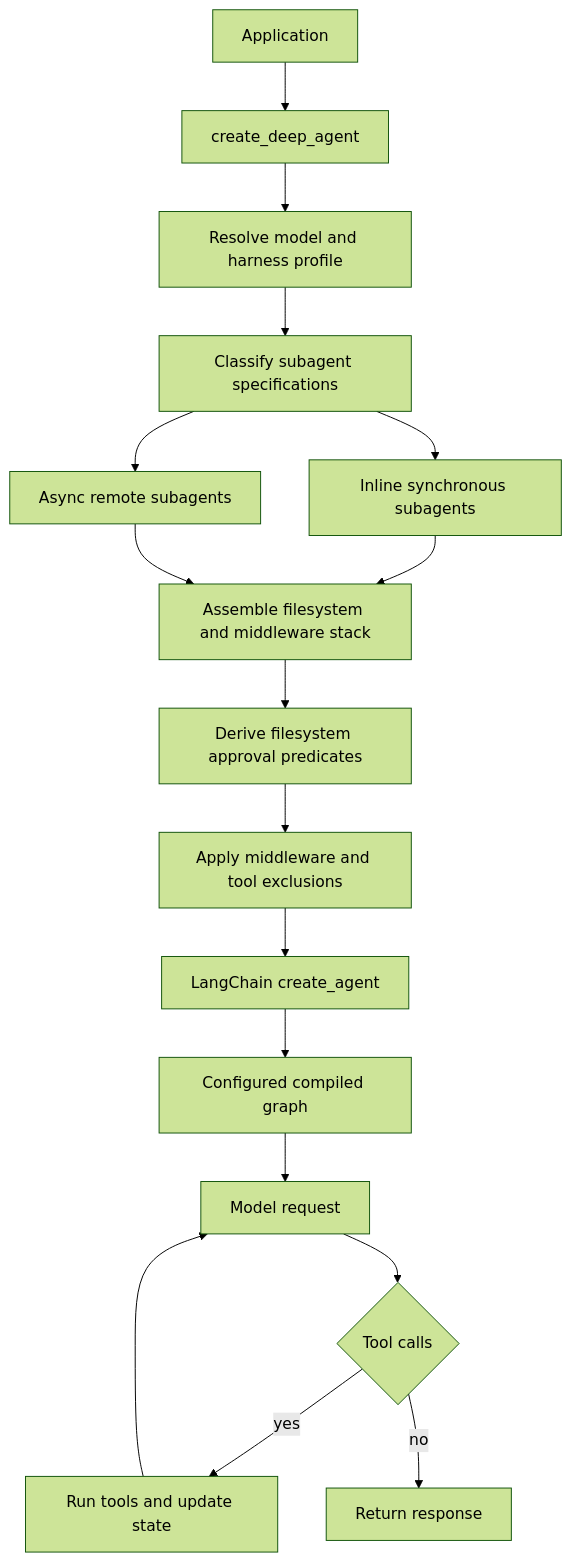
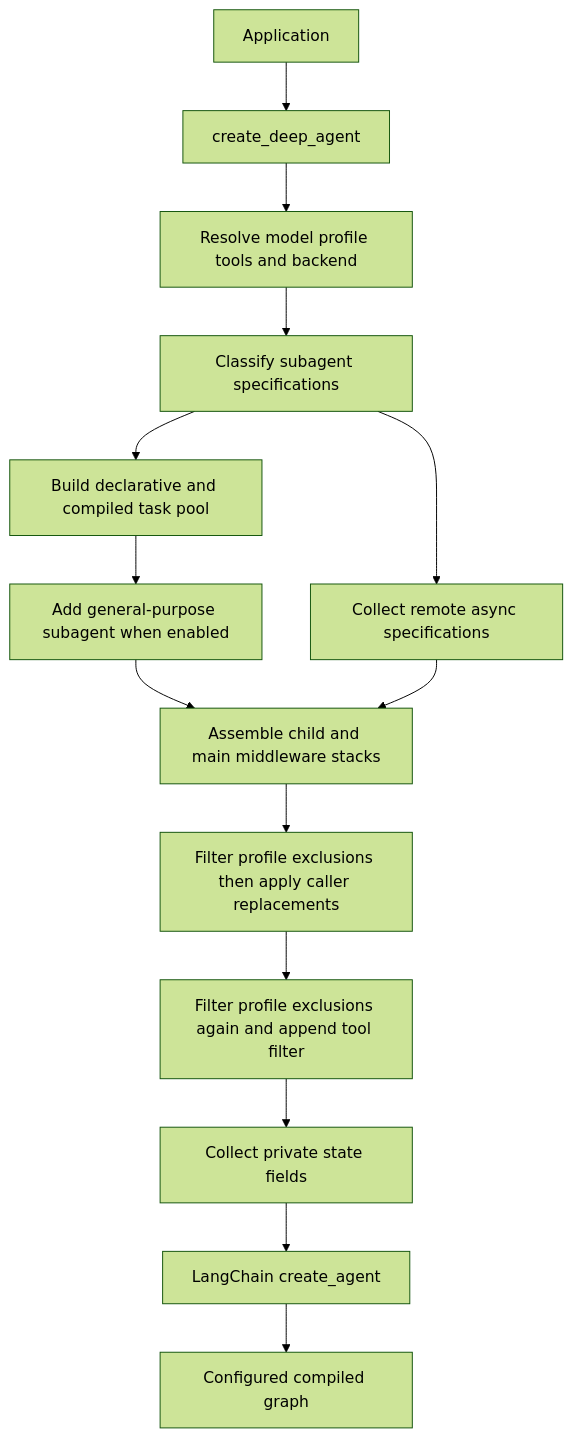
Before and after one commit to langchain-ai/deepagents: the first of 2 diagrams in openwiki/architecture/sdk-construction-execution.md, drawn with Mermaid (forest theme). The commit also changed other lines of this file and 47 other files, not shown here.

````diff
--- a/openwiki/architecture/sdk-construction-execution.md
+++ b/openwiki/architecture/sdk-construction-execution.md
@@ -43,19 +47,16 @@
 ```mermaid
 flowchart TD
     App["Application"] --> Builder["create_deep_agent"]
-    Builder --> Resolve["Resolve model and harness profile"]
+    Builder --> Resolve["Resolve model profile tools and backend"]
     Resolve --> Classify["Classify subagent specifications"]
-    Classify --> Sync["Inline synchronous subagents"]
-    Classify --> Remote["Async remote subagents"]
-    Sync --> Assemble["Assemble filesystem and middleware stack"]
-    Remote --> Assemble
-    Assemble --> Approval["Derive filesystem approval predicates"]
-    Approval --> Filter["Apply middleware and tool exclusions"]
-    Filter --> Compile["LangChain create_agent"]
+    Classify --> Inline["Build declarative and compiled task pool"]
+    Classify --> Remote["Collect remote async specifications"]
+    Inline --> GP["Add general-purpose subagent when enabled"]
+    GP --> Stacks["Assemble child and main middleware stacks"]
+    Remote --> Stacks
+    Stacks --> Exclude["Filter profile exclusions then apply caller replacements"]
+    Exclude --> Filter["Filter profile exclusions again and append tool filter"]
+    Filter --> Schema["Collect private state fields"]
+    Schema --> Compile["LangChain create_agent"]
     Compile --> Graph["Configured compiled graph"]
-    Graph --> Request["Model request"]
-    Request --> Calls{"Tool calls"}
-    Calls -->|"yes"| Tools["Run tools and update state"]
-    Tools --> Request
-    Calls -->|"no"| Finish["Return response"]
 ```
````
